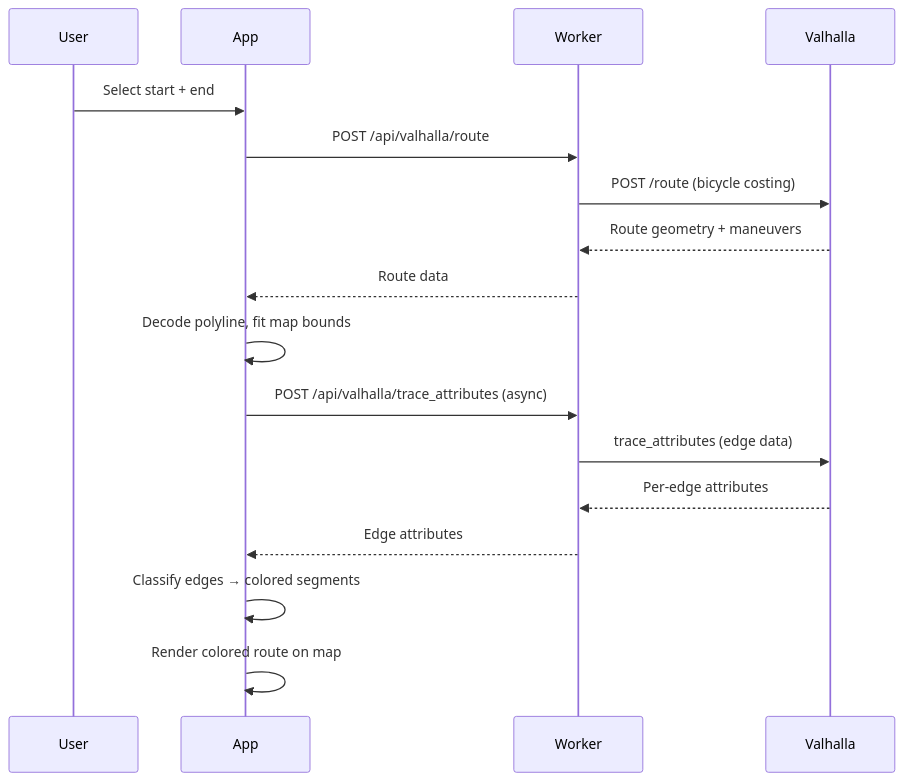
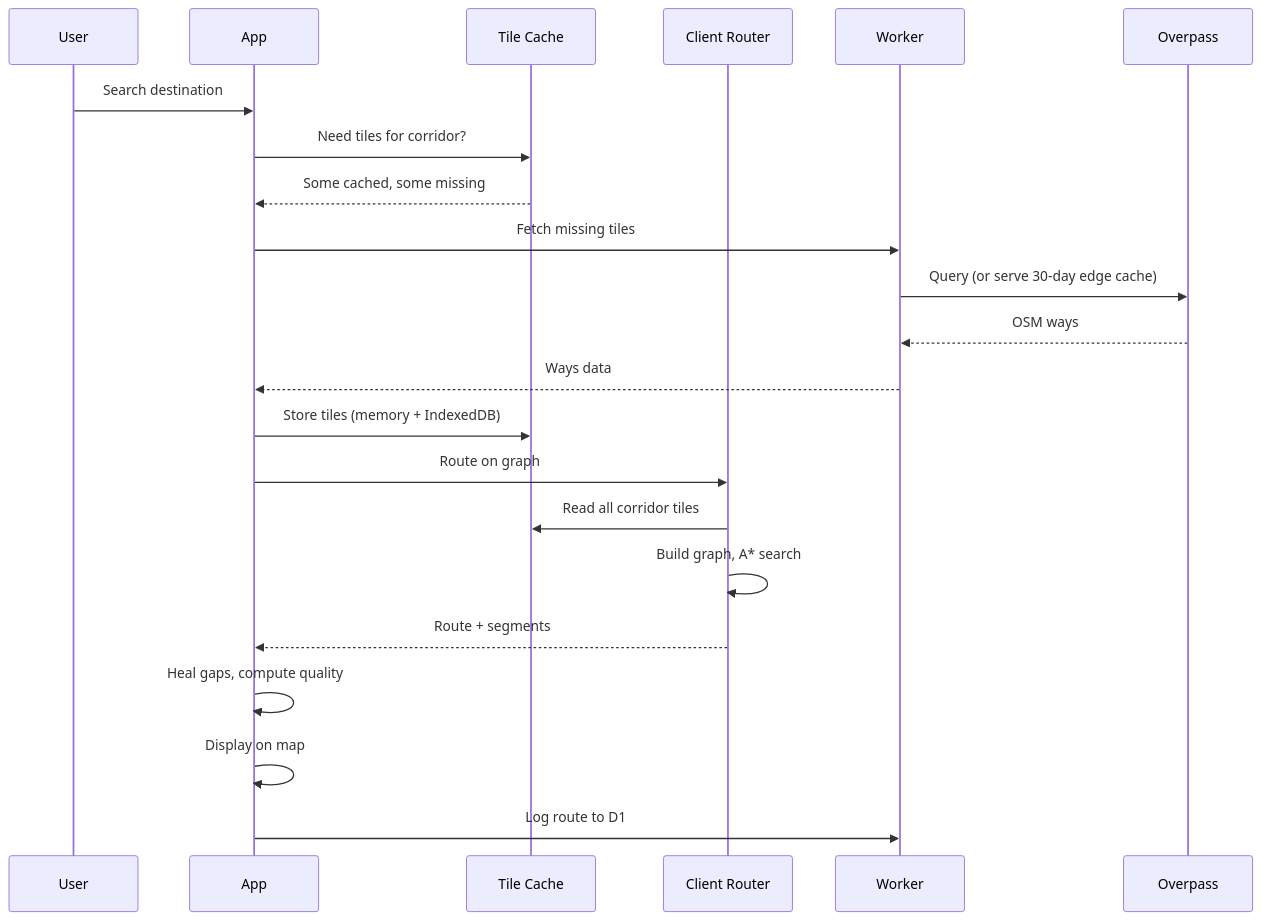
One commit to fryanpan/bike-route-finder changed the third of 4 diagrams in docs/product/architecture.md. Above: the diagram before and after it, drawn with Mermaid. The commit also changed other lines of this file, not shown here.

First line of the commit message:
docs: rewrite architecture with current system (mermaid diagrams) (#104)

````diff
--- a/docs/product/architecture.md
+++ b/docs/product/architecture.md
@@ -125,20 +79,25 @@
 ```mermaid
 sequenceDiagram
     participant User
     participant App
+    participant Cache as Tile Cache
+    participant Router as Client Router
     participant Worker
-    participant Valhalla
+    participant Overpass
 
-    User->>App: Select start + end
-    App->>Worker: POST /api/valhalla/route
-    Worker->>Valhalla: POST /route (bicycle costing)
-    Valhalla-->>Worker: Route geometry + maneuvers
-    Worker-->>App: Route data
-    App->>App: Decode polyline, fit map bounds
-    App->>Worker: POST /api/valhalla/trace_attributes (async)
-    Worker->>Valhalla: trace_attributes (edge data)
-    Valhalla-->>Worker: Per-edge attributes
-    Worker-->>App: Edge attributes
-    App->>App: Classify edges → colored segments
-    App->>App: Render colored route on map
+    User->>App: Search destination
+    App->>Cache: Need tiles for corridor?
+    Cache-->>App: Some cached, some missing
+    App->>Worker: Fetch missing tiles
+    Worker->>Overpass: Query (or serve 30-day edge cache)
+    Overpass-->>Worker: OSM ways
+    Worker-->>App: Ways data
+    App->>Cache: Store tiles (memory + IndexedDB)
+    App->>Router: Route on graph
+    Router->>Cache: Read all corridor tiles
+    Router->>Router: Build graph, A* search
+    Router-->>App: Route + segments
+    App->>App: Heal gaps, compute quality
+    App->>App: Display on map
+    App->>Worker: Log route to D1
 ```
````
